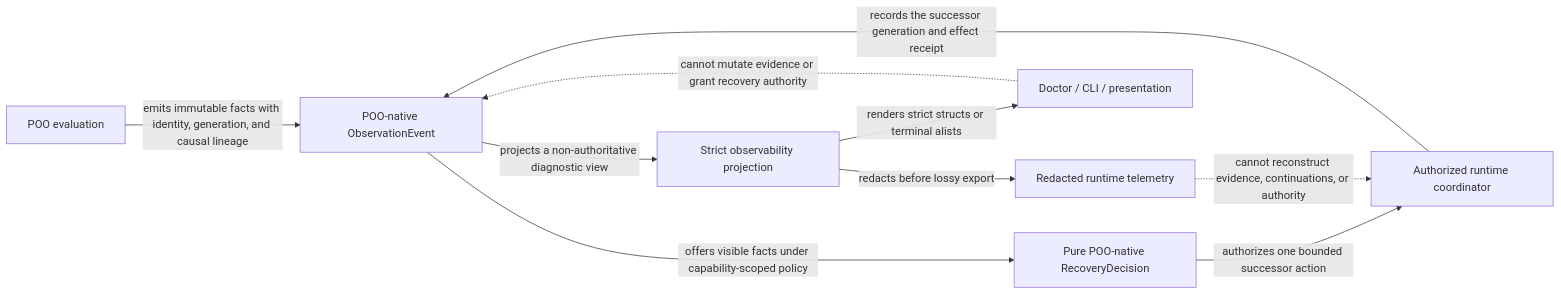
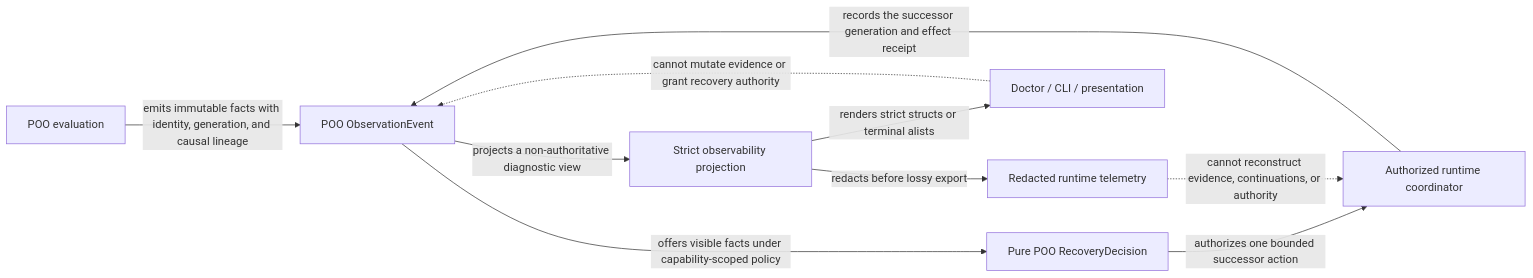
Before and after one commit to tao3k/gebril-yuanxu: the diagram in module-system/design/45-120-15-semantic-evidence-and-observability-projection-owner-boundary.org, drawn with Mermaid. The commit also changed other lines of this file and 1469 other files, not shown here.

```diff
--- a/module-system/design/45-120-15-semantic-evidence-and-observability-projection-owner-boundary.org
+++ b/module-system/design/45-120-15-semantic-evidence-and-observability-projection-owner-boundary.org
@@ -50,20 +50,20 @@
 #+begin_src mermaid
 flowchart LR
   Evaluation["POO evaluation"]
-  Evidence["POO-native ObservationEvent"]
-  Decision["Pure POO-native RecoveryDecision"]
+  Evidence["POO ObservationEvent"]
+  Decision["Pure POO RecoveryDecision"]
   Coordinator["Authorized runtime coordinator"]
   Projection["Strict observability projection"]
   Doctor["Doctor / CLI / presentation"]
   Telemetry["Redacted runtime telemetry"]
 
   Evaluation -->|"emits immutable facts with identity, generation, and causal lineage"| Evidence
   Evidence -->|"offers visible facts under capability-scoped policy"| Decision
   Decision -->|"authorizes one bounded successor action"| Coordinator
   Coordinator -->|"records the successor generation and effect receipt"| Evidence
   Evidence -->|"projects a non-authoritative diagnostic view"| Projection
   Projection -->|"renders strict structs or terminal alists"| Doctor
   Projection -->|"redacts before lossy export"| Telemetry
   Doctor -.->|"cannot mutate evidence or grant recovery authority"| Evidence
   Telemetry -.->|"cannot reconstruct evidence, continuations, or authority"| Coordinator
 #+end_src
```
